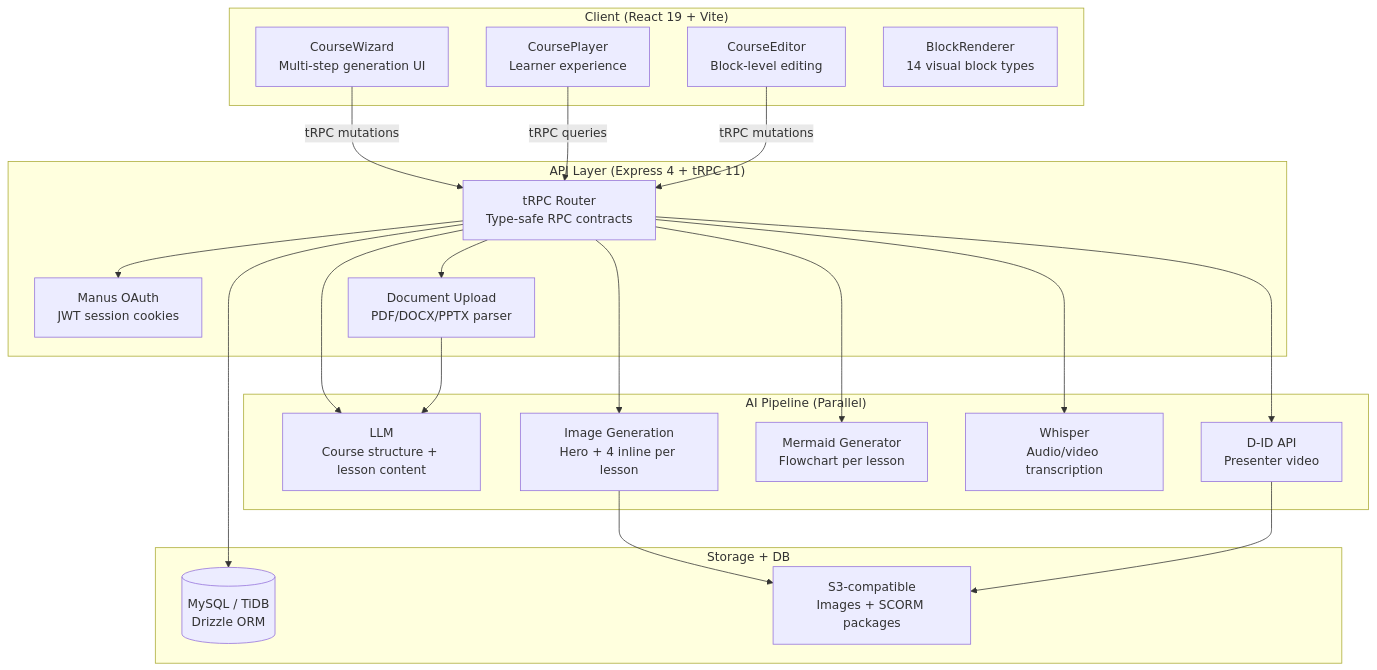
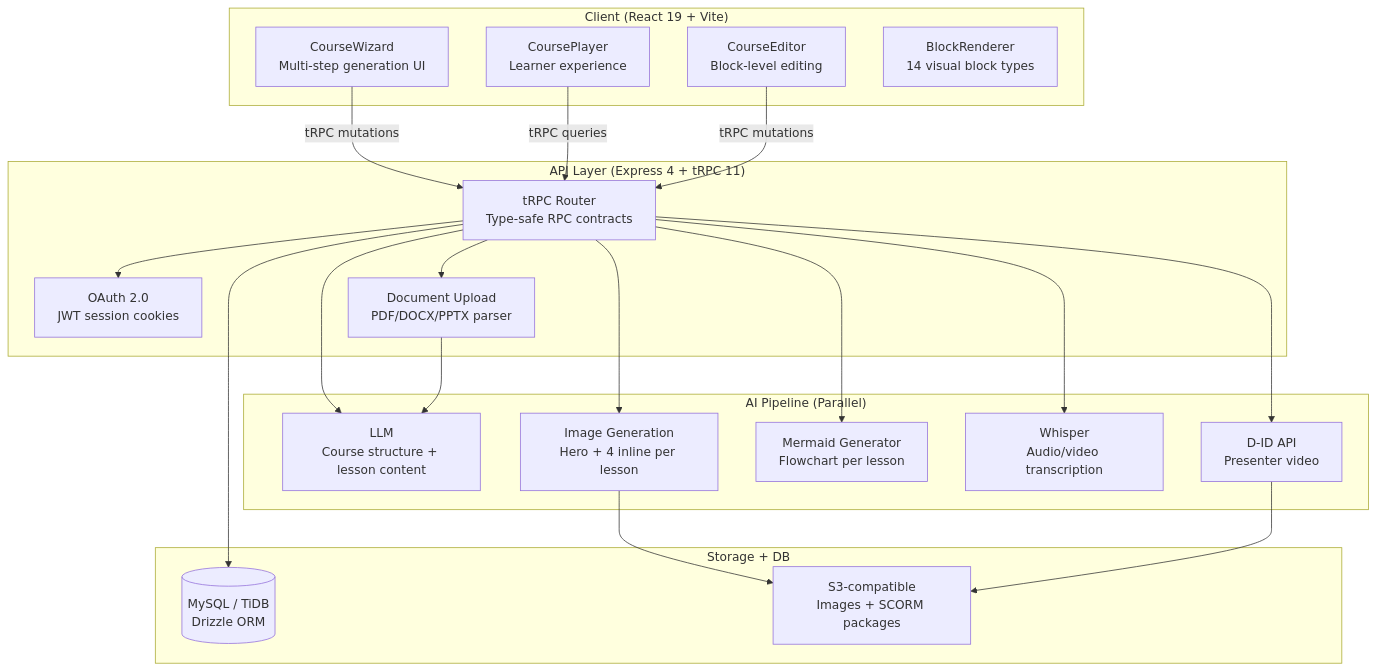
The diagram in README.md (samirdas4u/learning-catalyst), drawn with Mermaid before and after one commit. The commit also changed other lines of this file, not shown here.

Commit message:
Remove all platform-specific references: replace Manus OAuth → OAuth 2.0, Forge API → OpenAI-compatible API

````diff
--- a/README.md
+++ b/README.md
@@ -43,43 +43,43 @@
 ```mermaid
 graph TB
     subgraph Client ["Client (React 19 + Vite)"]
         CW[CourseWizard<br/>Multi-step generation UI]
         CP[CoursePlayer<br/>Learner experience]
         CE[CourseEditor<br/>Block-level editing]
         BR[BlockRenderer<br/>14 visual block types]
     end
 
     subgraph API ["API Layer (Express 4 + tRPC 11)"]
         TR[tRPC Router<br/>Type-safe RPC contracts]
-        AUTH[Manus OAuth<br/>JWT session cookies]
+        AUTH[OAuth 2.0<br/>JWT session cookies]
         UP[Document Upload<br/>PDF/DOCX/PPTX parser]
     end
 
     subgraph AI ["AI Pipeline (Parallel)"]
         LLM[LLM<br/>Course structure + lesson content]
         IMG[Image Generation<br/>Hero + 4 inline per lesson]
         MMD[Mermaid Generator<br/>Flowchart per lesson]
         WH[Whisper<br/>Audio/video transcription]
         DID[D-ID API<br/>Presenter video]
     end
 
     subgraph Storage ["Storage + DB"]
         DB[(MySQL / TiDB<br/>Drizzle ORM)]
         S3[S3-compatible<br/>Images + SCORM packages]
     end
 
     CW -->|tRPC mutations| TR
     CP -->|tRPC queries| TR
     CE -->|tRPC mutations| TR
     TR --> AUTH
     TR --> LLM
     TR --> IMG
     TR --> MMD
     TR --> WH
     TR --> DID
     TR --> DB
     IMG --> S3
     DID --> S3
     TR --> UP
     UP --> LLM
 ```
````
